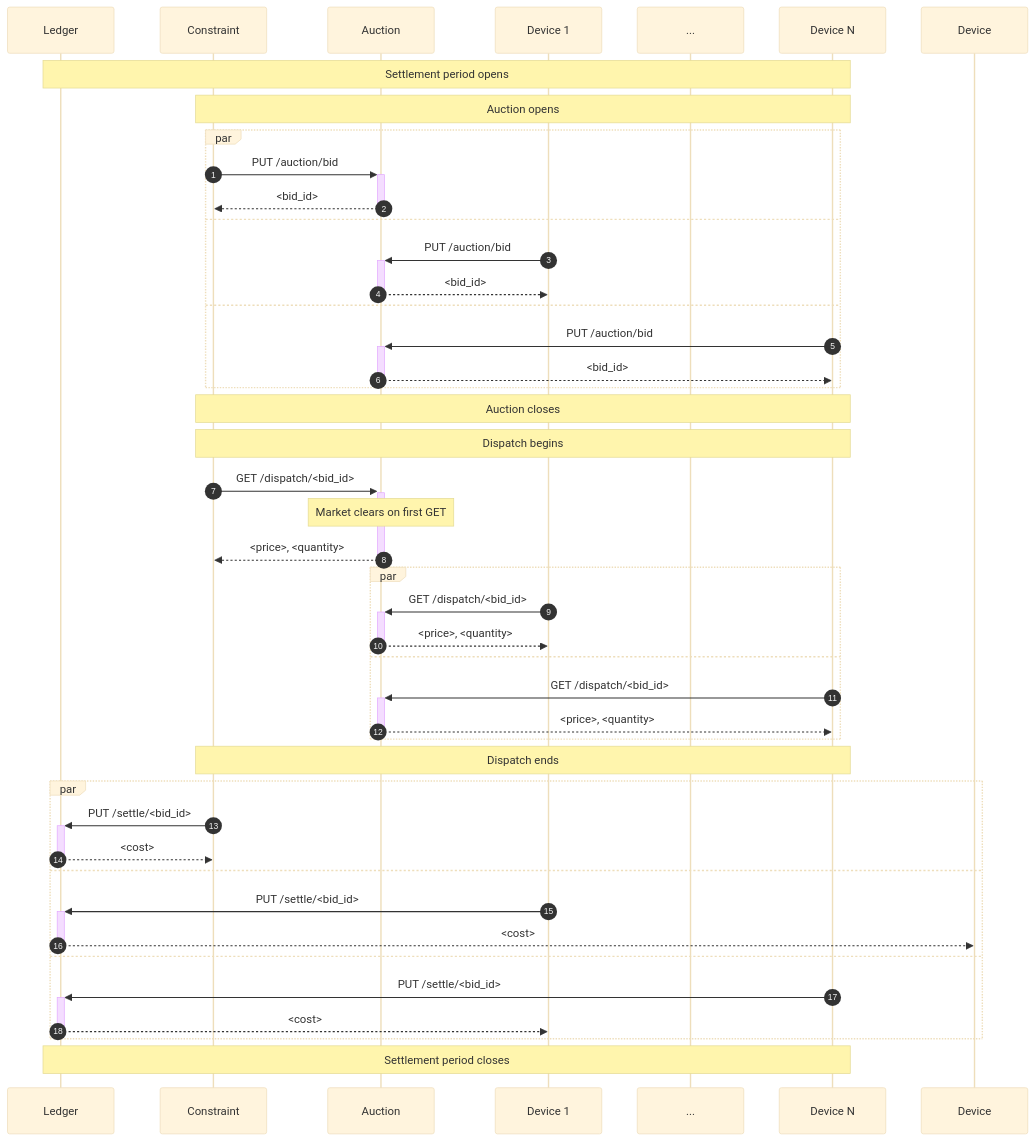
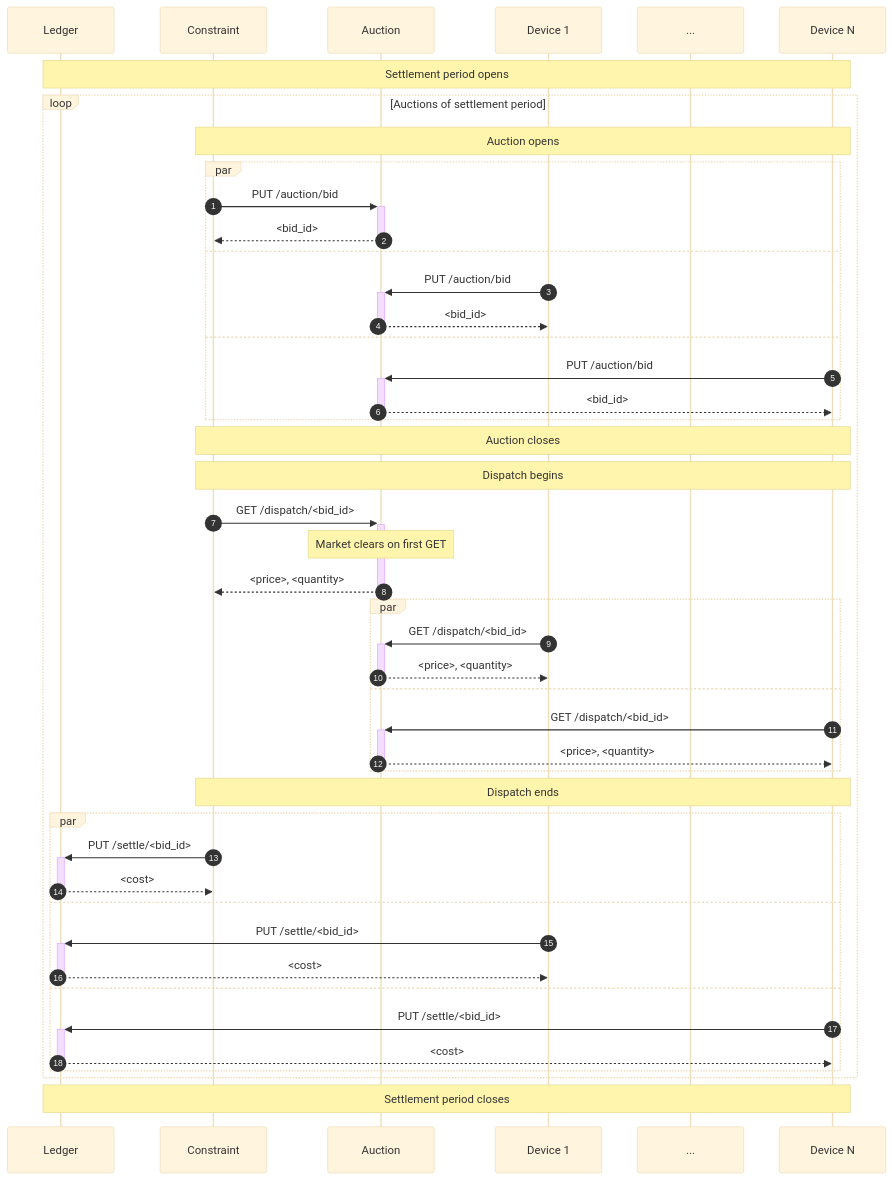
One commit to aivanova5/design changed the second of 7 diagrams in docs/auction.md. Above: the diagram before and after it, drawn with Mermaid (base theme).

````diff
--- a/docs/auction.md
+++ b/docs/auction.md
@@ -42,56 +42,58 @@
 ```mermaid
 sequenceDiagram
    participant Ledger
    participant Constraint
    participant Auction
    participant Device 1
    participant ...
    participant Device N
    
    autonumber
    
    Note over Ledger,Device N: Settlement period opens
 
-   Note over Constraint,Device N: Auction opens
-   
-   par
-      Constraint->>+Auction: PUT /auction/bid
-      Auction-->>-Constraint: <bid_id>
-   and
-      Device 1->>+Auction: PUT /auction/bid
-      Auction-->>-Device 1: <bid_id>
-   and   
-      Device N->>+Auction: PUT /auction/bid
-      Auction-->>-Device N: <bid_id>
-   end
+   loop Auctions of settlement period
+      Note over Constraint,Device N: Auction opens
 
-   Note over Constraint,Device N: Auction closes
-   Note over Constraint,Device N: Dispatch begins
-   
-   Constraint->>+Auction: GET /dispatch/<bid_id>
-   Note over Auction: Market clears on first GET
-   Auction-->>-Constraint: <price>, <quantity>
-   
-   par
-      Device 1->>+Auction: GET /dispatch/<bid_id>
-      Auction-->>-Device 1: <price>, <quantity>
-   and
-      Device N->>+Auction: GET /dispatch/<bid_id>
-      Auction-->>-Device N: <price>, <quantity>
-   end
-   
-   Note over Constraint,Device N: Dispatch ends
-   
-   par
-      Constraint->>+Ledger: PUT /settle/<bid_id>
-      Ledger-->>-Constraint: <cost>
-   and
-      Device 1->>+Ledger: PUT /settle/<bid_id>
-      Ledger-->>-Device: <cost>
-   and
-      Device N->>+Ledger: PUT /settle/<bid_id>
-      Ledger-->>-Device 1: <cost>
+      par
+         Constraint->>+Auction: PUT /auction/bid
+         Auction-->>-Constraint: <bid_id>
+      and
+         Device 1->>+Auction: PUT /auction/bid
+         Auction-->>-Device 1: <bid_id>
+      and   
+         Device N->>+Auction: PUT /auction/bid
+         Auction-->>-Device N: <bid_id>
+      end
+
+      Note over Constraint,Device N: Auction closes
+      Note over Constraint,Device N: Dispatch begins
+
+      Constraint->>+Auction: GET /dispatch/<bid_id>
+      Note over Auction: Market clears on first GET
+      Auction-->>-Constraint: <price>, <quantity>
+
+      par
+         Device 1->>+Auction: GET /dispatch/<bid_id>
+         Auction-->>-Device 1: <price>, <quantity>
+      and
+         Device N->>+Auction: GET /dispatch/<bid_id>
+         Auction-->>-Device N: <price>, <quantity>
+      end
+
+      Note over Constraint,Device N: Dispatch ends
+
+      par
+         Constraint->>+Ledger: PUT /settle/<bid_id>
+         Ledger-->>-Constraint: <cost>
+      and
+         Device 1->>+Ledger: PUT /settle/<bid_id>
+         Ledger-->>-Device 1: <cost>
+      and
+         Device N->>+Ledger: PUT /settle/<bid_id>
+         Ledger-->>-Device N: <cost>
+      end
    end
    
    Note over Ledger,Device N: Settlement period closes
 ```
````
